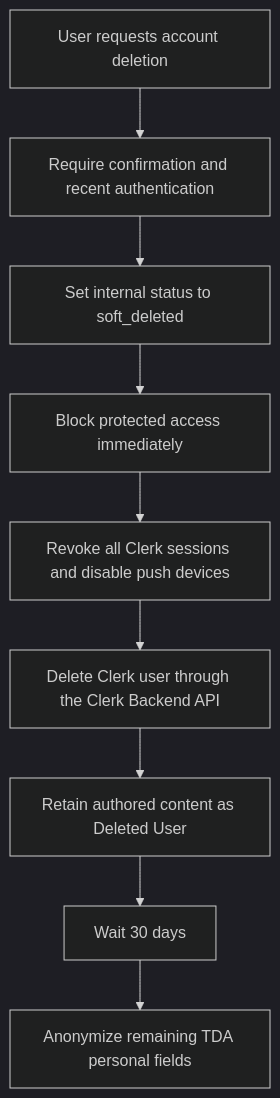
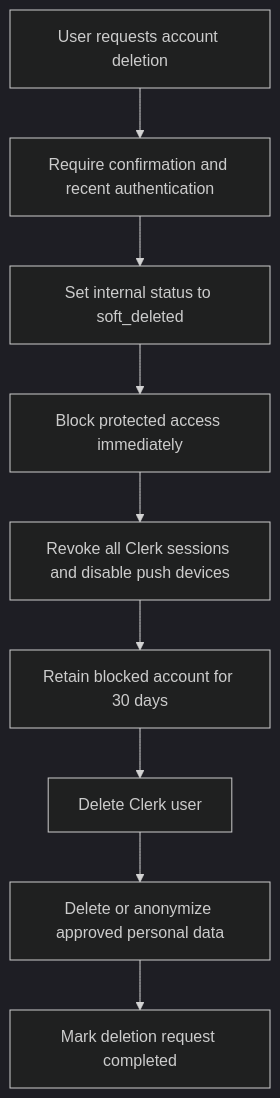
The fourth of 4 diagrams in documentation/architecture/authentication_authorization_architecture.md (ernestosoto3/TDA), drawn with Mermaid (dark theme) before and after one commit. The commit also changed other lines of this file, not shown here.

Commit message:
[docs]: complete authentication architecture corrections #33 4.2 (E)

````diff
--- a/documentation/architecture/authentication_authorization_architecture.md
+++ b/documentation/architecture/authentication_authorization_architecture.md
@@ -576,11 +577,11 @@
 ```mermaid
 flowchart TD
     A[User requests account deletion] --> B[Require confirmation and recent authentication]
     B --> C[Set internal status to soft_deleted]
     C --> D[Block protected access immediately]
     D --> E[Revoke all Clerk sessions and disable push devices]
-    E --> F[Delete Clerk user through the Clerk Backend API]
-    F --> G[Retain authored content as Deleted User]
-    G --> H[Wait 30 days]
-    H --> I[Anonymize remaining TDA personal fields]
+    E --> F[Retain blocked account for 30 days]
+    F --> G[Delete Clerk user]
+    G --> H[Delete or anonymize approved personal data]
+    H --> I[Mark deletion request completed]
 ```
````
